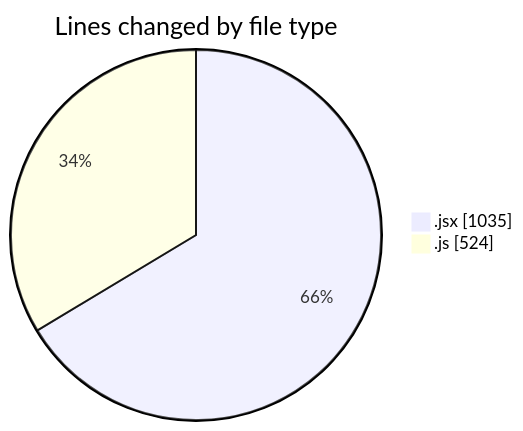
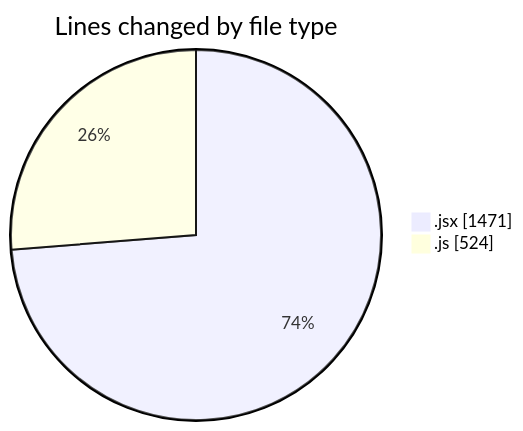
Before and after one commit to nxtqubesakshisongat/code-tracking: the first of 2 diagrams in 2025-06-30/argos/README.md, drawn with Mermaid. The commit also changed other lines of this file and 1 other file, not shown here.

````diff
--- a/2025-06-30/argos/README.md
+++ b/2025-06-30/argos/README.md
@@ -25,6 +26,6 @@
 ```mermaid
 pie showData
 title Lines changed by file type
-".jsx" : 1035
+".jsx" : 1471
 ".js" : 524
 ```
````
